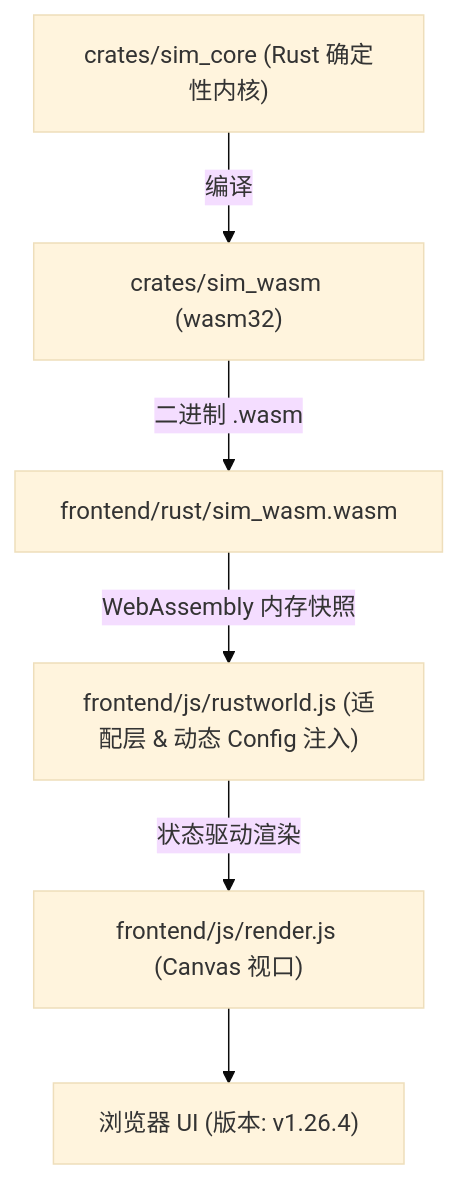
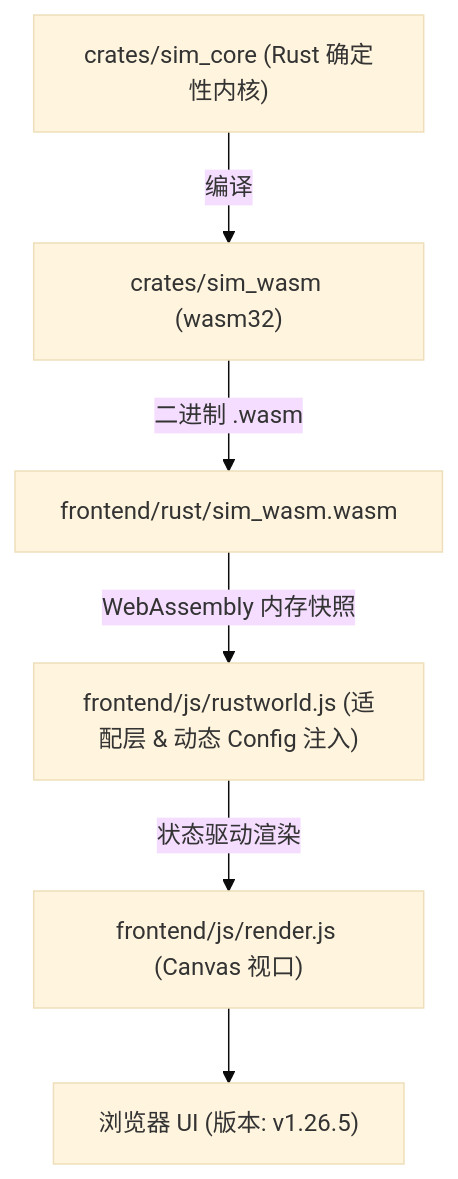
Before and after one commit to g39088902/FlowAndAccord: the diagram in AGENTS.md, drawn with Mermaid (base theme). The commit also changed other lines of this file and 14 other files, not shown here.

````diff
--- a/AGENTS.md
+++ b/AGENTS.md
@@ -51,8 +51,8 @@
 ```mermaid
 graph TD
     A["crates/sim_core (Rust 确定性内核)"] -->|编译| B["crates/sim_wasm (wasm32)"]
     B -->|二进制 .wasm| C["frontend/rust/sim_wasm.wasm"]
     C -->|WebAssembly 内存快照| D["frontend/js/rustworld.js (适配层 & 动态 Config 注入)"]
     D -->|状态驱动渲染| E["frontend/js/render.js (Canvas 视口)"]
-    E --> F["浏览器 UI (版本: v1.26.4)"]
+    E --> F["浏览器 UI (版本: v1.26.5)"]
 ```
````
